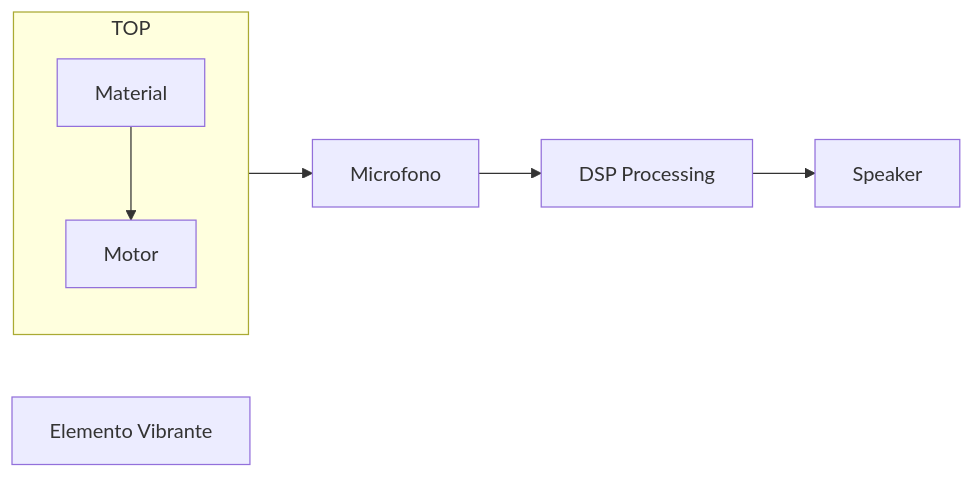
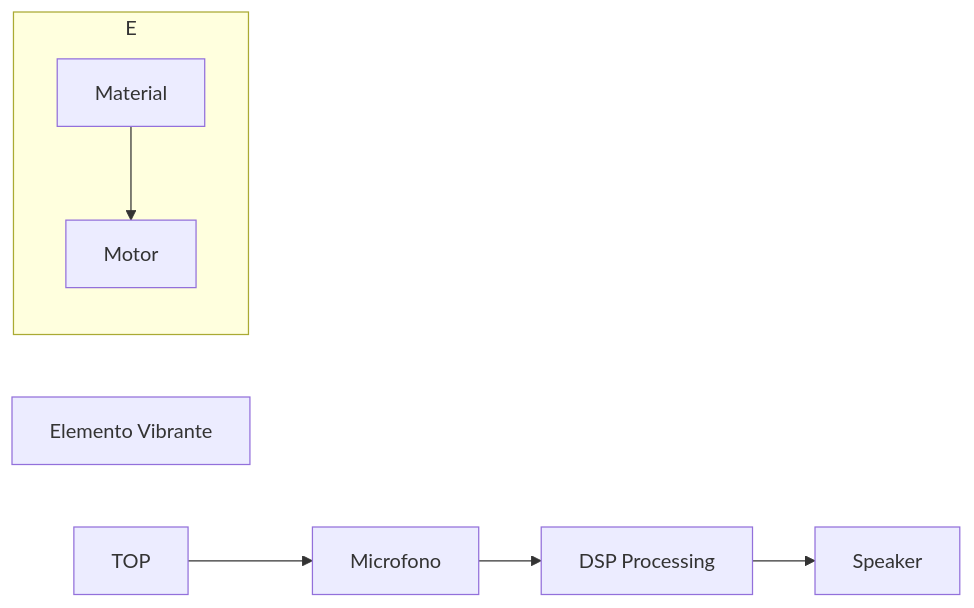
The diagram in README.md (Hortus-Deliciarum/docz), drawn with Mermaid before and after one commit.

Commit message:
update info

````diff
--- a/README.md
+++ b/README.md
@@ -5,13 +5,14 @@
 ```mermaid
 flowchart LR
     A["Elemento Vibrante"]
     B["Microfono"]
     C["DSP Processing"]
     D["Speaker"]
+    E["Elemento Vibrante"]
 
-    subgraph TOP
+    subgraph E
         Material-->Motor
     end
 
     TOP --> B --> C --> D
 ```
````
